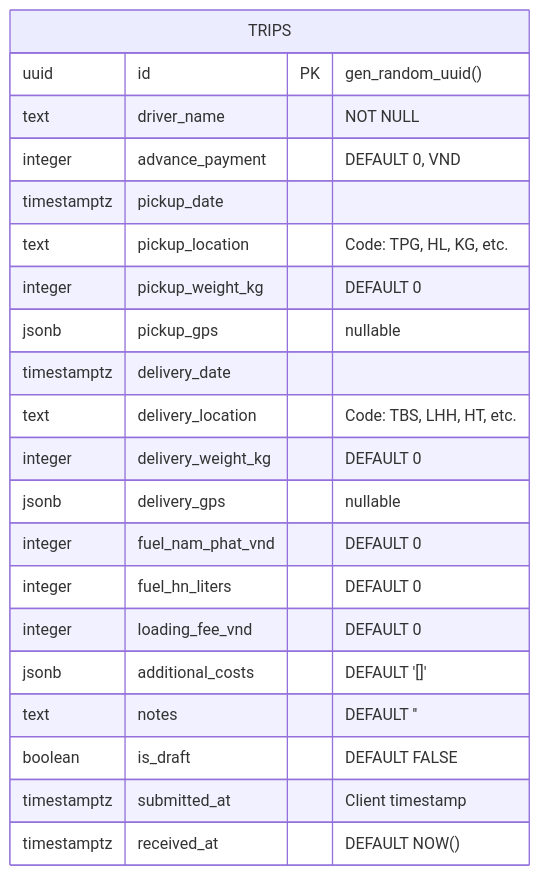
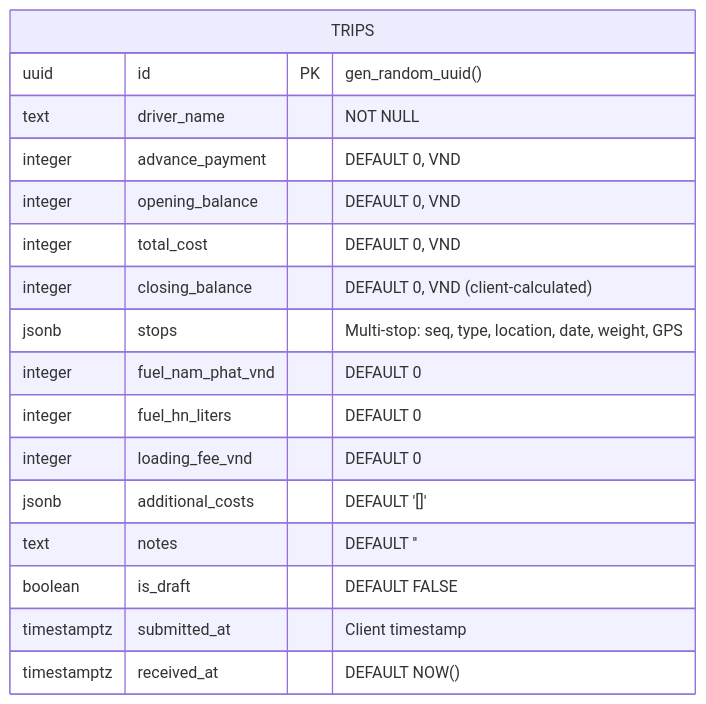
One commit to maiduydung/TruckerMobileBackend changed the third of 4 diagrams in README.md. Above: the diagram before and after it, drawn with Mermaid. The commit also changed other lines of this file and 2 other files, not shown here.

Commit message:
Update docs with balance formula and stops schema
Document client-side balance chaining formula and update ER diagram
to include opening_balance, total_cost, closing_balance, and stops.

````diff
--- a/README.md
+++ b/README.md
@@ -114,24 +114,20 @@
 ```mermaid
 erDiagram
     TRIPS {
         uuid id PK "gen_random_uuid()"
         text driver_name "NOT NULL"
         integer advance_payment "DEFAULT 0, VND"
-        timestamptz pickup_date
-        text pickup_location "Code: TPG, HL, KG, etc."
-        integer pickup_weight_kg "DEFAULT 0"
-        jsonb pickup_gps "nullable"
-        timestamptz delivery_date
-        text delivery_location "Code: TBS, LHH, HT, etc."
-        integer delivery_weight_kg "DEFAULT 0"
-        jsonb delivery_gps "nullable"
+        integer opening_balance "DEFAULT 0, VND"
+        integer total_cost "DEFAULT 0, VND"
+        integer closing_balance "DEFAULT 0, VND (client-calculated)"
+        jsonb stops "Multi-stop: seq, type, location, date, weight, GPS"
         integer fuel_nam_phat_vnd "DEFAULT 0"
         integer fuel_hn_liters "DEFAULT 0"
         integer loading_fee_vnd "DEFAULT 0"
         jsonb additional_costs "DEFAULT '[]'"
         text notes "DEFAULT ''"
         boolean is_draft "DEFAULT FALSE"
         timestamptz submitted_at "Client timestamp"
         timestamptz received_at "DEFAULT NOW()"
     }
 ```
````
